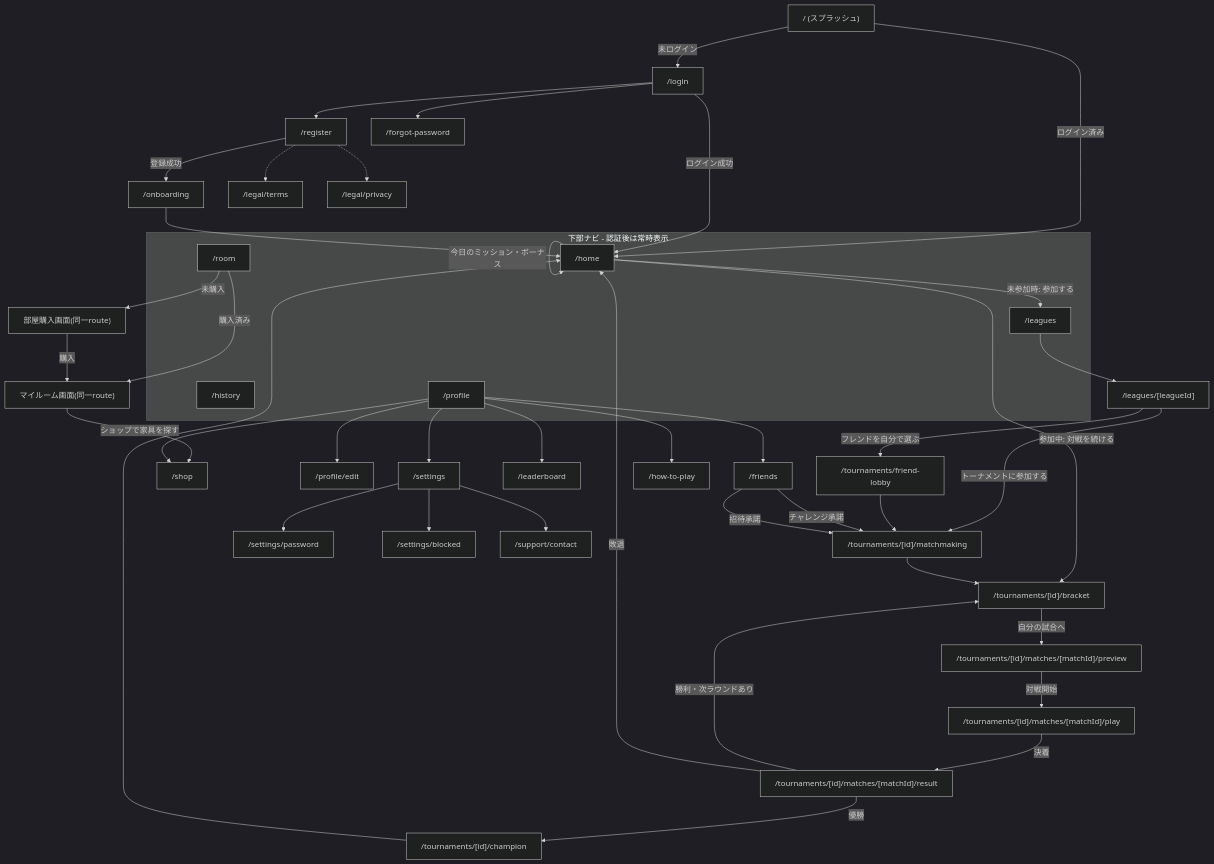
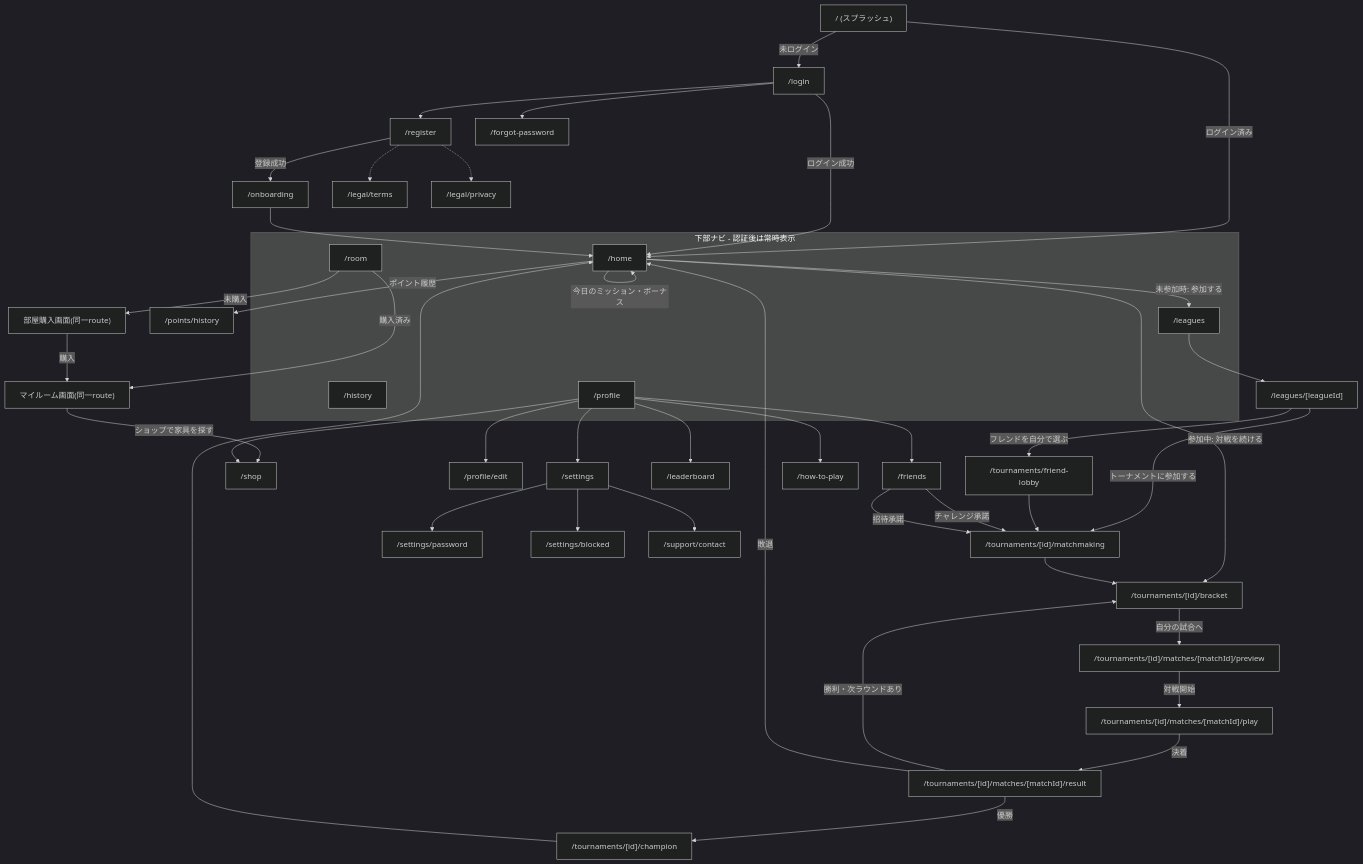
The first of 2 diagrams in docs/16_DESIGN_DOCUMENT.md (YuuheiOokawa/MindArena), drawn with Mermaid (dark theme) before and after one commit. The commit also changed other lines of this file and 11 other files, not shown here.

````diff
--- a/docs/16_DESIGN_DOCUMENT.md
+++ b/docs/16_DESIGN_DOCUMENT.md
@@ -150,58 +151,59 @@
 ```mermaid
 flowchart TD
     Splash["/ (スプラッシュ)"] -->|未ログイン| Login["/login"]
     Splash -->|ログイン済み| Home["/home"]
 
     Login -->|ログイン成功| Home
     Login --> Register["/register"]
     Login --> Forgot["/forgot-password"]
     Register -->|登録成功| Onboarding["/onboarding"]
     Onboarding --> Home
 
     subgraph nav["下部ナビ - 認証後は常時表示"]
         Home
         Leagues["/leagues"]
         Room["/room"]
         History["/history"]
         Profile["/profile"]
     end
 
     Home -->|未参加時: 参加する| Leagues
     Home -->|参加中: 対戦を続ける| Bracket
     Home -->|今日のミッション・ボーナス| Home
+    Home -->|ポイント履歴| PointHistory["/points/history"]
     Leagues --> LeagueDetail["/leagues/[leagueId]"]
     LeagueDetail -->|トーナメントに参加する| Matchmaking["/tournaments/[id]/matchmaking"]
     LeagueDetail -->|フレンドを自分で選ぶ| FriendLobby["/tournaments/friend-lobby"]
     FriendLobby --> Matchmaking
 
     Matchmaking --> Bracket["/tournaments/[id]/bracket"]
     Bracket -->|自分の試合へ| Preview["/tournaments/[id]/matches/[matchId]/preview"]
     Preview -->|対戦開始| Play["/tournaments/[id]/matches/[matchId]/play"]
     Play -->|決着| Result["/tournaments/[id]/matches/[matchId]/result"]
     Result -->|勝利・次ラウンドあり| Bracket
     Result -->|優勝| Champion["/tournaments/[id]/champion"]
     Result -->|敗退| Home
     Champion --> Home
 
     Room -->|未購入| RoomBuy["部屋購入画面(同一route)"]
     Room -->|購入済み| MyRoom["マイルーム画面(同一route)"]
     RoomBuy -->|購入| MyRoom
     MyRoom -->|ショップで家具を探す| Shop
 
     Profile --> ProfileEdit["/profile/edit"]
     Profile --> Settings["/settings"]
     Profile --> Leaderboard["/leaderboard"]
     Profile --> Shop["/shop"]
     Profile --> Friends["/friends"]
     Profile --> HowToPlay["/how-to-play"]
 
     Settings --> SettingsPassword["/settings/password"]
     Settings --> SettingsBlocked["/settings/blocked"]
     Settings --> Contact["/support/contact"]
 
     Friends -->|チャレンジ承諾| Matchmaking
     Friends -->|招待承諾| Matchmaking
 
     Register -.-> LegalTerms["/legal/terms"]
     Register -.-> LegalPrivacy["/legal/privacy"]
 ```
````
